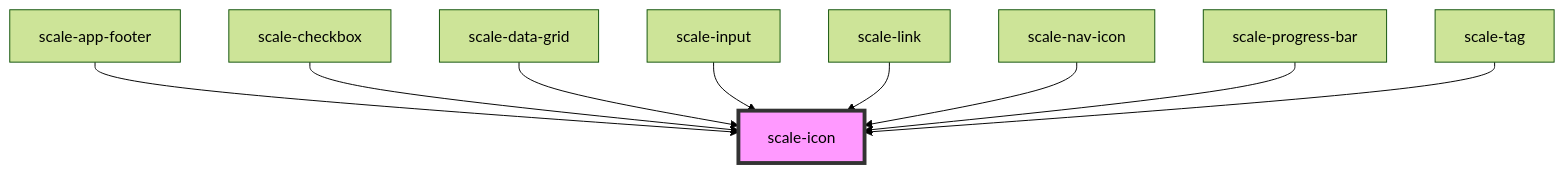
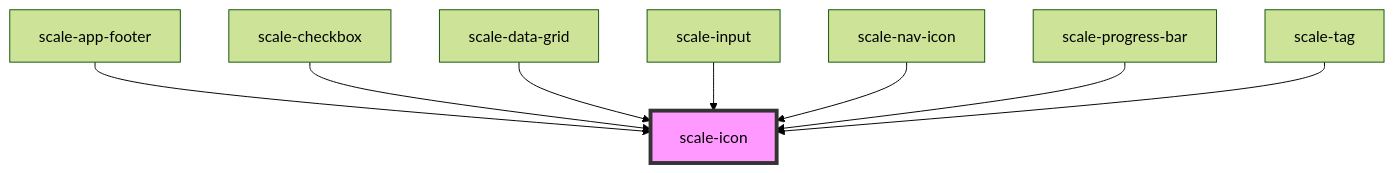
One commit to gaurishkamat/scale changed the diagram in packages/components/src/components/icon/readme.md. Above: the diagram before and after it, drawn with Mermaid (forest theme). The commit also changed other lines of this file and 11 other files, not shown here.

Commit message:
refactor(link): update icon handling

````diff
--- a/packages/components/src/components/icon/readme.md
+++ b/packages/components/src/components/icon/readme.md
@@ -36,12 +35,11 @@
 ```mermaid
 graph TD;
   scale-app-footer --> scale-icon
   scale-checkbox --> scale-icon
   scale-data-grid --> scale-icon
   scale-input --> scale-icon
-  scale-link --> scale-icon
   scale-nav-icon --> scale-icon
   scale-progress-bar --> scale-icon
   scale-tag --> scale-icon
   style scale-icon fill:#f9f,stroke:#333,stroke-width:4px
 ```
````
